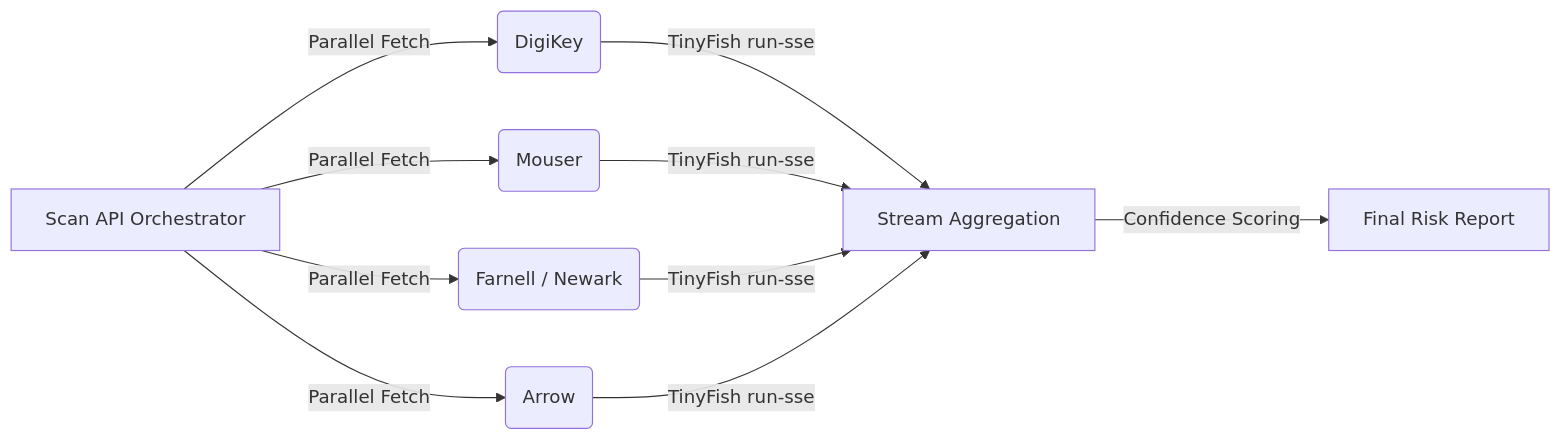
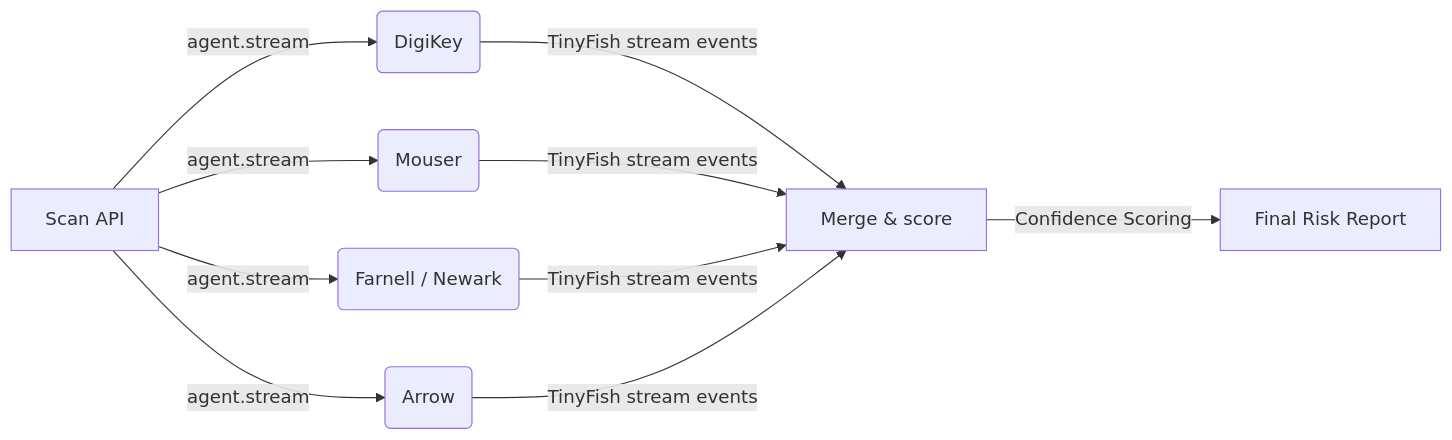
The third of 4 diagrams in silicon-signal/README.md (tinyfish-io/TinyFish-cookbook), drawn with Mermaid before and after one commit. The commit also changed other lines of this file and 5 other files, not shown here.

````diff
--- a/silicon-signal/README.md
+++ b/silicon-signal/README.md
@@ -125,14 +139,14 @@
 ```mermaid
 graph LR
-    API[Scan API Orchestrator] -->|Parallel Fetch| DK(DigiKey)
-    API -->|Parallel Fetch| MS(Mouser)
-    API -->|Parallel Fetch| FN(Farnell / Newark)
-    API -->|Parallel Fetch| AR(Arrow)
-    
-    DK -->|TinyFish run-sse| Merge[Stream Aggregation]
-    MS -->|TinyFish run-sse| Merge
-    FN -->|TinyFish run-sse| Merge
-    AR -->|TinyFish run-sse| Merge
-    
+    API[Scan API] -->|agent.stream| DK(DigiKey)
+    API -->|agent.stream| MS(Mouser)
+    API -->|agent.stream| FN(Farnell / Newark)
+    API -->|agent.stream| AR(Arrow)
+
+    DK -->|TinyFish stream events| Merge[Merge & score]
+    MS -->|TinyFish stream events| Merge
+    FN -->|TinyFish stream events| Merge
+    AR -->|TinyFish stream events| Merge
+
     Merge -->|Confidence Scoring| Final[Final Risk Report]
 ```
````
